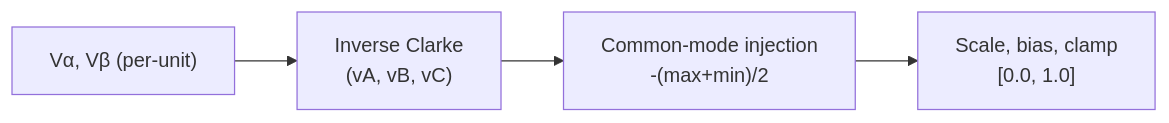
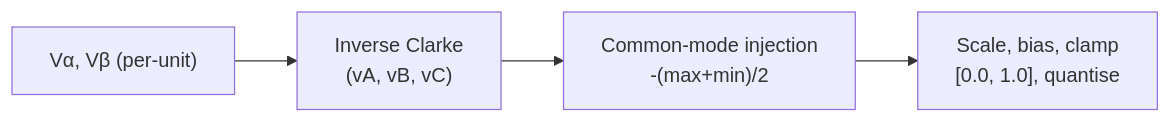
Before and after one commit to embedded-pro/e-foc: the first of 2 diagrams in documentation/design/foc-transforms.md, drawn with Mermaid. The commit also changed other lines of this file and 96 other files, not shown here.

````diff
--- a/documentation/design/foc-transforms.md
+++ b/documentation/design/foc-transforms.md
@@ -152,6 +153,6 @@
 ```mermaid
 graph LR
     Va["Vα, Vβ (per-unit)"] --> Inv["Inverse Clarke\n(vA, vB, vC)"]
     Inv --> Cm["Common-mode injection\n-(max+min)/2"]
-    Cm --> Duty["Scale, bias, clamp\n[0.0, 1.0]"]
+    Cm --> Duty["Scale, bias, clamp\n[0.0, 1.0], quantise"]
 ```
````
